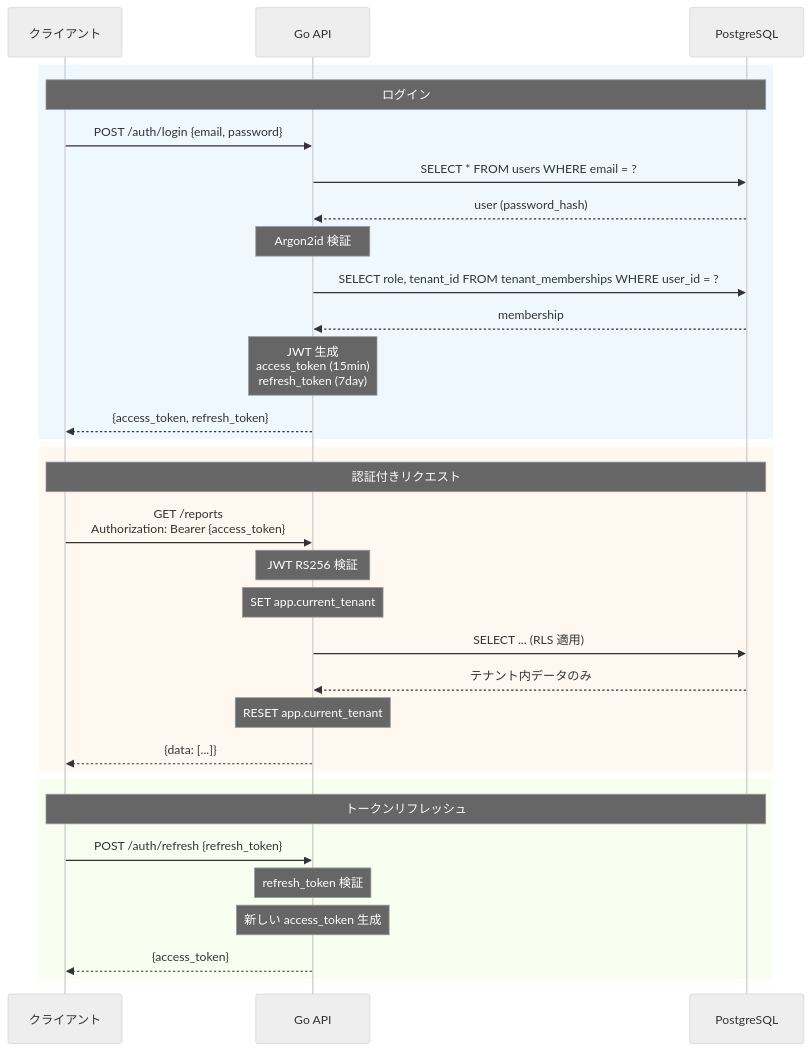
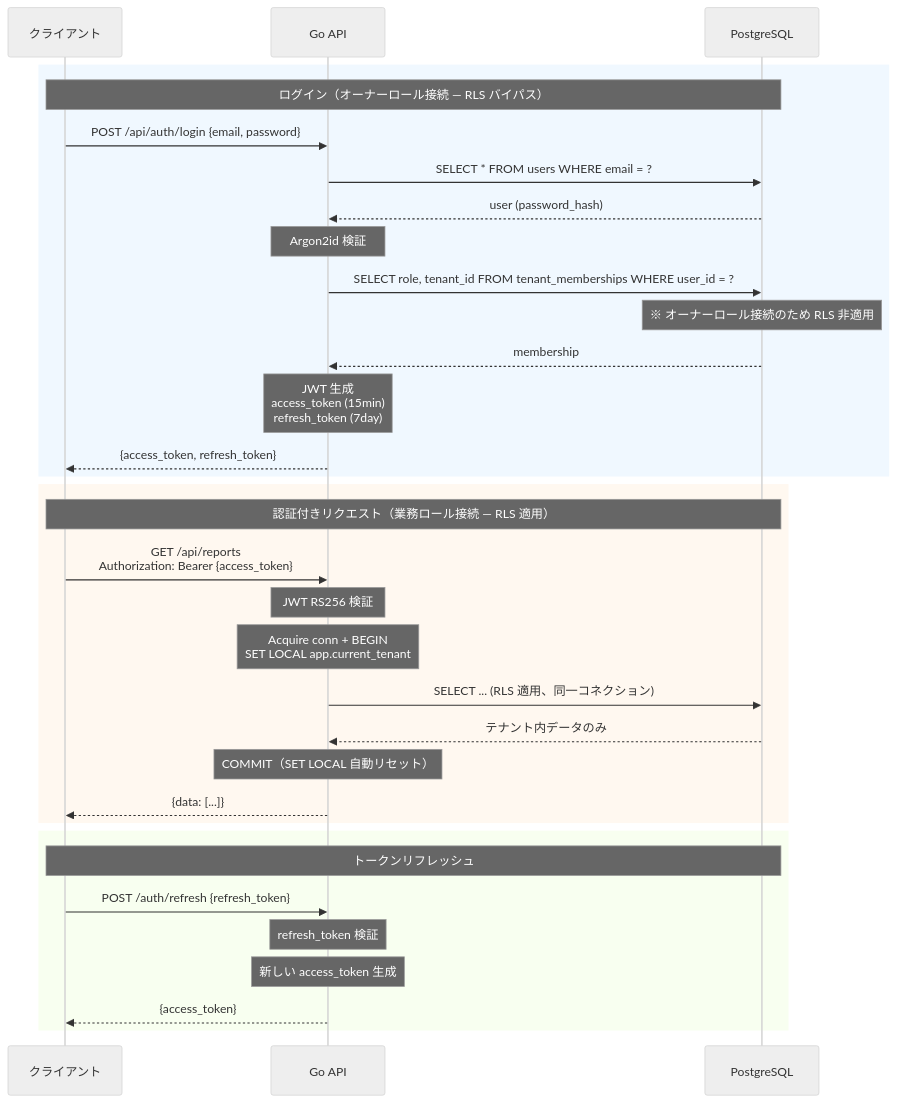
One commit to atsuro128/dev-journal changed the third of 7 diagrams in deliverables/docs/30_arch/diagrams.md. Above: the diagram before and after it, drawn with Mermaid (neutral theme). The commit also changed other lines of this file and 7 other files, not shown here.

````diff
--- a/deliverables/docs/30_arch/diagrams.md
+++ b/deliverables/docs/30_arch/diagrams.md
@@ -97,37 +97,38 @@
 ```mermaid
 sequenceDiagram
     participant C as クライアント
     participant API as Go API
     participant DB as PostgreSQL
 
     rect rgb(240, 248, 255)
-        Note over C,DB: ログイン
-        C->>API: POST /auth/login {email, password}
+        Note over C,DB: ログイン（オーナーロール接続 — RLS バイパス）
+        C->>API: POST /api/auth/login {email, password}
         API->>DB: SELECT * FROM users WHERE email = ?
         DB-->>API: user (password_hash)
         Note over API: Argon2id 検証
         API->>DB: SELECT role, tenant_id FROM tenant_memberships WHERE user_id = ?
+        Note over DB: ※ オーナーロール接続のため RLS 非適用
         DB-->>API: membership
         Note over API: JWT 生成<br/>access_token (15min)<br/>refresh_token (7day)
         API-->>C: {access_token, refresh_token}
     end
 
     rect rgb(255, 248, 240)
-        Note over C,DB: 認証付きリクエスト
-        C->>API: GET /reports<br/>Authorization: Bearer {access_token}
+        Note over C,DB: 認証付きリクエスト（業務ロール接続 — RLS 適用）
+        C->>API: GET /api/reports<br/>Authorization: Bearer {access_token}
         Note over API: JWT RS256 検証
-        Note over API: SET app.current_tenant
-        API->>DB: SELECT ... (RLS 適用)
+        Note over API: Acquire conn + BEGIN<br/>SET LOCAL app.current_tenant
+        API->>DB: SELECT ... (RLS 適用、同一コネクション)
         DB-->>API: テナント内データのみ
-        Note over API: RESET app.current_tenant
+        Note over API: COMMIT（SET LOCAL 自動リセット）
         API-->>C: {data: [...]}
     end
 
     rect rgb(248, 255, 240)
         Note over C,DB: トークンリフレッシュ
         C->>API: POST /auth/refresh {refresh_token}
         Note over API: refresh_token 検証
         Note over API: 新しい access_token 生成
         API-->>C: {access_token}
     end
 ```
````
